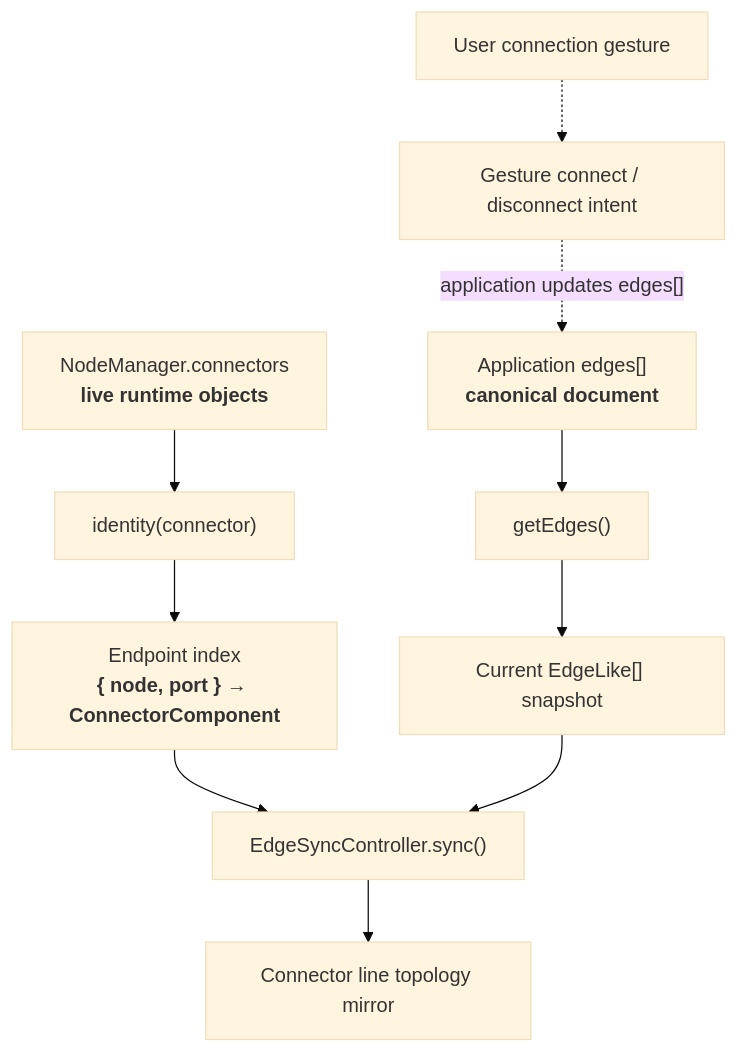
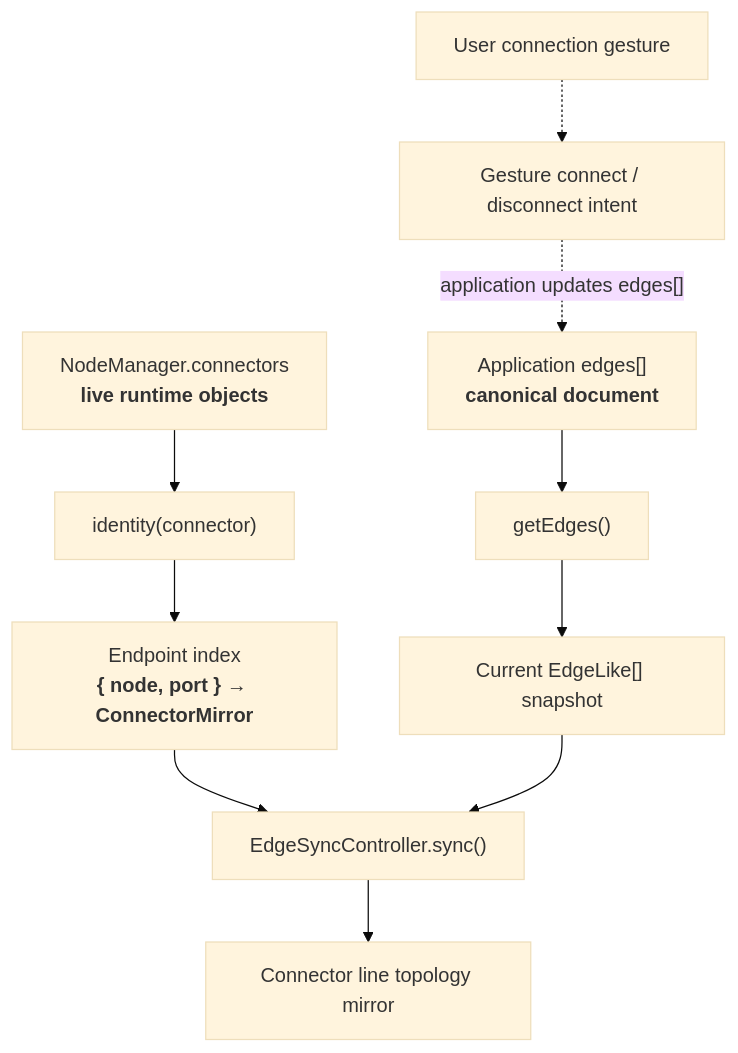
The fourth of 11 diagrams in docs/snapline/design/current-architecture.md (tfukaza/SnapLineJS), drawn with Mermaid (base theme) before and after one commit. The commit also changed other lines of this file and 44 other files, not shown here.

````diff
--- a/docs/snapline/design/current-architecture.md
+++ b/docs/snapline/design/current-architecture.md
@@ -314,21 +314,21 @@
 ```mermaid
 flowchart TB
   CONNECTORS["NodeManager.connectors<br/><b>live runtime objects</b>"]
   IDENTITY["identity(connector)"]
-  INDEX["Endpoint index<br/><b>{ node, port } → ConnectorComponent</b>"]
+  INDEX["Endpoint index<br/><b>{ node, port } → ConnectorMirror</b>"]
   APPSTATE["Application edges[]<br/><b>canonical document</b>"]
   GETEDGES["getEdges()"]
   SNAPSHOT["Current EdgeLike[] snapshot"]
   SYNC["EdgeSyncController.sync()"]
   LINES["Connector line topology mirror"]
   GESTURE["User connection gesture"]
   INTENT["Gesture connect / disconnect intent"]
 
   CONNECTORS --> IDENTITY --> INDEX
   APPSTATE --> GETEDGES --> SNAPSHOT
   INDEX --> SYNC
   SNAPSHOT --> SYNC
   SYNC --> LINES
   GESTURE -.-> INTENT
   INTENT -.->|"application updates edges[]"| APPSTATE
 ```
````
